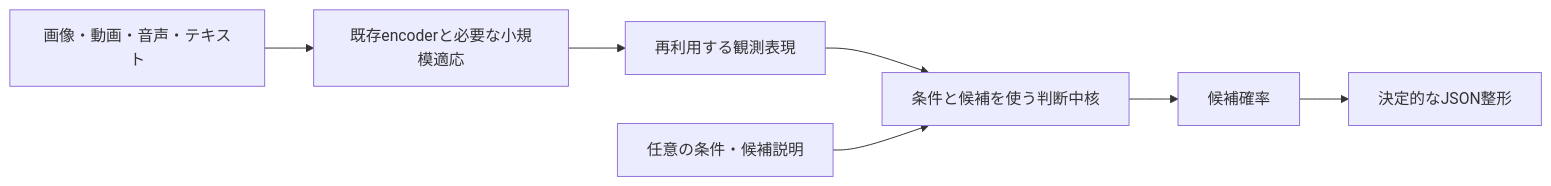
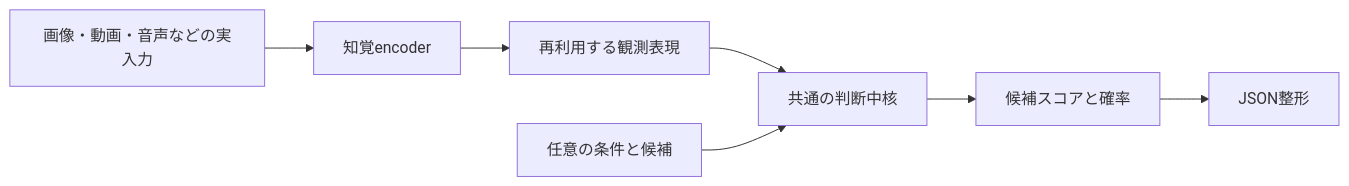
One commit to Unjuno/tiny-omni-decision changed the diagram in docs/pretrained_reuse/NEXT_STRATEGY_20261015.md. Above: the diagram before and after it, drawn with Mermaid. The commit also changed other lines of this file and 4 other files, not shown here.

````diff
--- a/docs/pretrained_reuse/NEXT_STRATEGY_20261015.md
+++ b/docs/pretrained_reuse/NEXT_STRATEGY_20261015.md
@@ -63,9 +64,9 @@
 ```mermaid
 flowchart LR
-    A[画像・動画・音声・テキスト] --> B[既存encoderと必要な小規模適応]
+    A[画像・動画・音声などの実入力] --> B[知覚encoder]
     B --> C[再利用する観測表現]
-    C --> D[条件と候補を使う判断中核]
-    E[任意の条件・候補説明] --> D
-    D --> F[候補確率]
-    F --> G[決定的なJSON整形]
+    C --> D[共通の判断中核]
+    E[任意の条件と候補] --> D
+    D --> F[候補スコアと確率]
+    F --> G[JSON整形]
 ```
````
